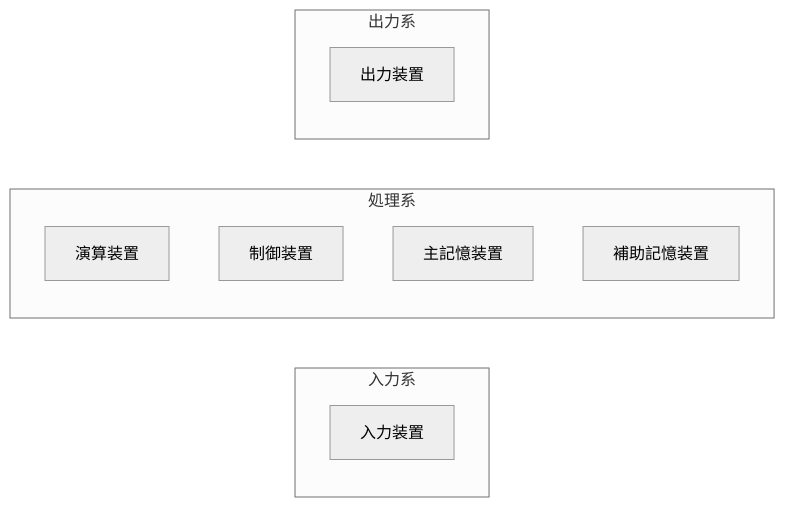
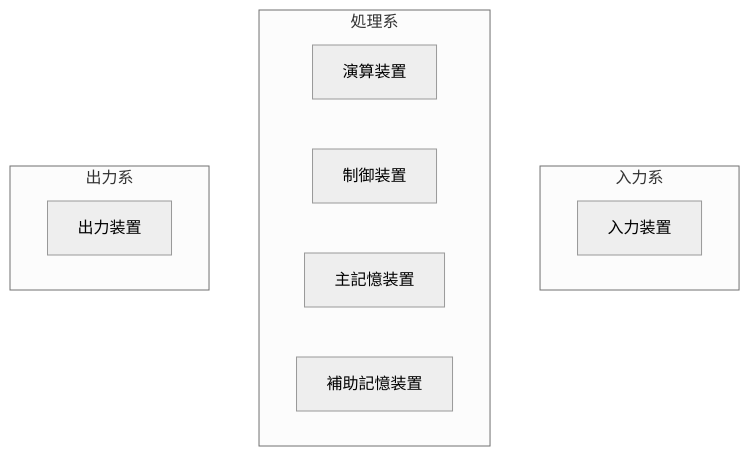
The diagram in concepts/computer_architecture.md (Bassiy/share_knowledge), drawn with Mermaid (neutral theme) before and after one commit.

Commit message:
sync: update from info repo

````diff
--- a/concepts/computer_architecture.md
+++ b/concepts/computer_architecture.md
@@ -10,20 +10,17 @@
 ```mermaid
-flowchart LR
+flowchart TB
     subgraph 入力系
-        direction TB
         IN[入力装置]
     end
 
     subgraph 処理系
-        direction TB
         ALU[演算装置]
         CTL[制御装置]
         MEM[主記憶装置]
         AUX[補助記憶装置]
     end
 
     subgraph 出力系
-        direction TB
         OUT[出力装置]
     end
 ```
````
